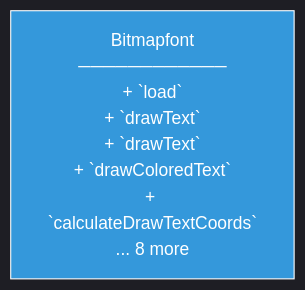
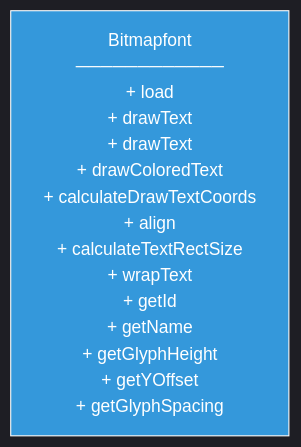
Before and after one commit to lukaszj321/otcv8-dev: the diagram in docs/authoring/01_core/api/cpp/framework/diagrams/bitmapfont.mmd, drawn with Mermaid. The commit also changed 62 other files, not shown here.

First line of the commit message:
Fix comment spacing and expand truncated diagrams

```diff
--- a/docs/authoring/01_core/api/cpp/framework/diagrams/bitmapfont.mmd
+++ b/docs/authoring/01_core/api/cpp/framework/diagrams/bitmapfont.mmd
@@ -1,5 +1,5 @@
 %%{init: {'theme':'dark','themeVariables': {'primaryTextColor':'#ddd','lineColor':'#9aa0a6'}, 'securityLevel':'loose'}}%%
 graph TD
     classDef api fill:#3498db,stroke:#fff,color:#fff;
     
-    Bitmapfont["Bitmapfont<br/>────────────<br/>+ `load`<br/>+ `drawText`<br/>+ `drawText`<br/>+ `drawColoredText`<br/>+ `calculateDrawTextCoords`<br/>... 8 more<br/>"]:::api
+    Bitmapfont["Bitmapfont<br/>────────────<br/>+ load<br/>+ drawText<br/>+ drawText<br/>+ drawColoredText<br/>+ calculateDrawTextCoords<br/>+ align<br/>+ calculateTextRectSize<br/>+ wrapText<br/>+ getId<br/>+ getName<br/>+ getGlyphHeight<br/>+ getYOffset<br/>+ getGlyphSpacing<br/>"]:::api
```
